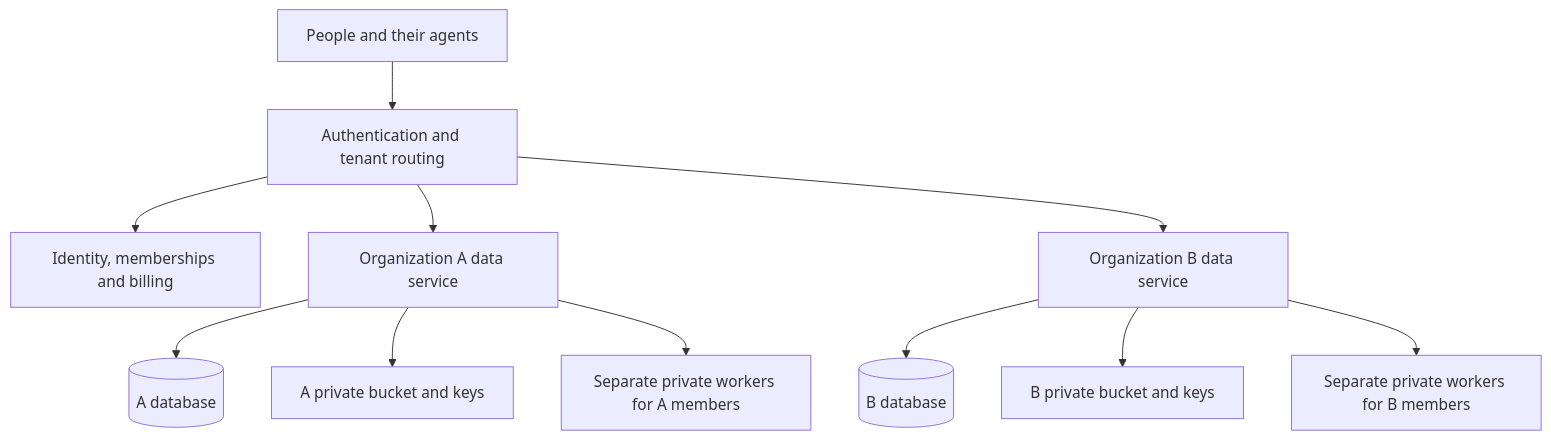
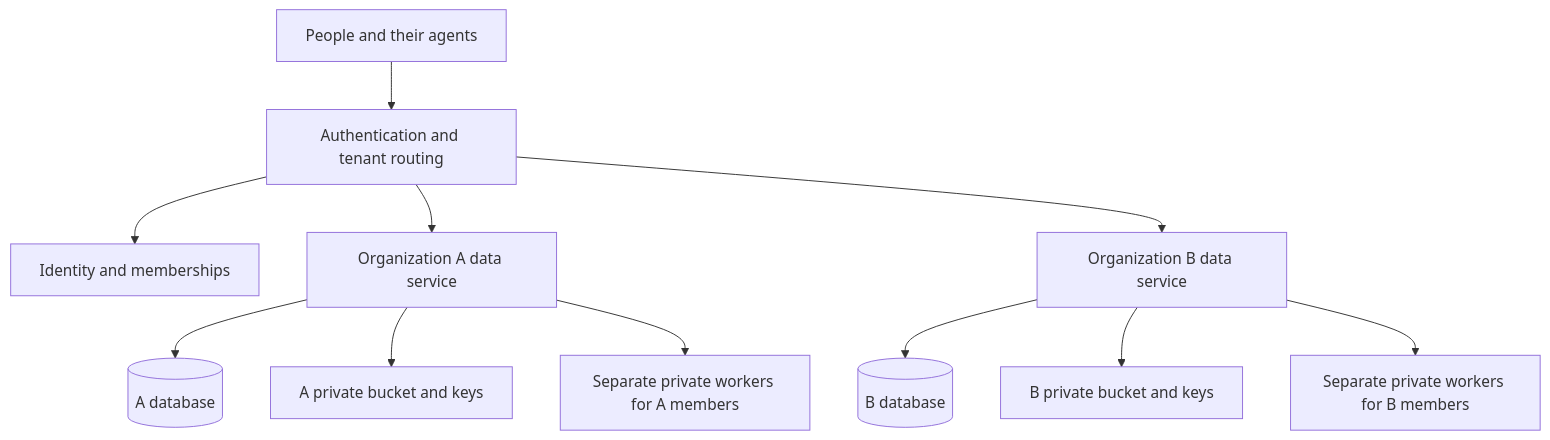
One commit to lostprojects/steel-browser changed the diagram in ORGANIZATIONS.md. Above: the diagram before and after it, drawn with Mermaid. The commit also changed other lines of this file and 12 other files, not shown here.

````diff
--- a/ORGANIZATIONS.md
+++ b/ORGANIZATIONS.md
@@ -172,13 +200,13 @@
 ```mermaid
 flowchart TD
   Clients[People and their agents] --> Gateway[Authentication and tenant routing]
-  Gateway --> Control[Identity, memberships and billing]
+  Gateway --> Control[Identity and memberships]
   Gateway --> A[Organization A data service]
   Gateway --> B[Organization B data service]
   A --> AD[(A database)]
   A --> AF[A private bucket and keys]
   A --> AW[Separate private workers for A members]
   B --> BD[(B database)]
   B --> BF[B private bucket and keys]
   B --> BW[Separate private workers for B members]
 ```
````
